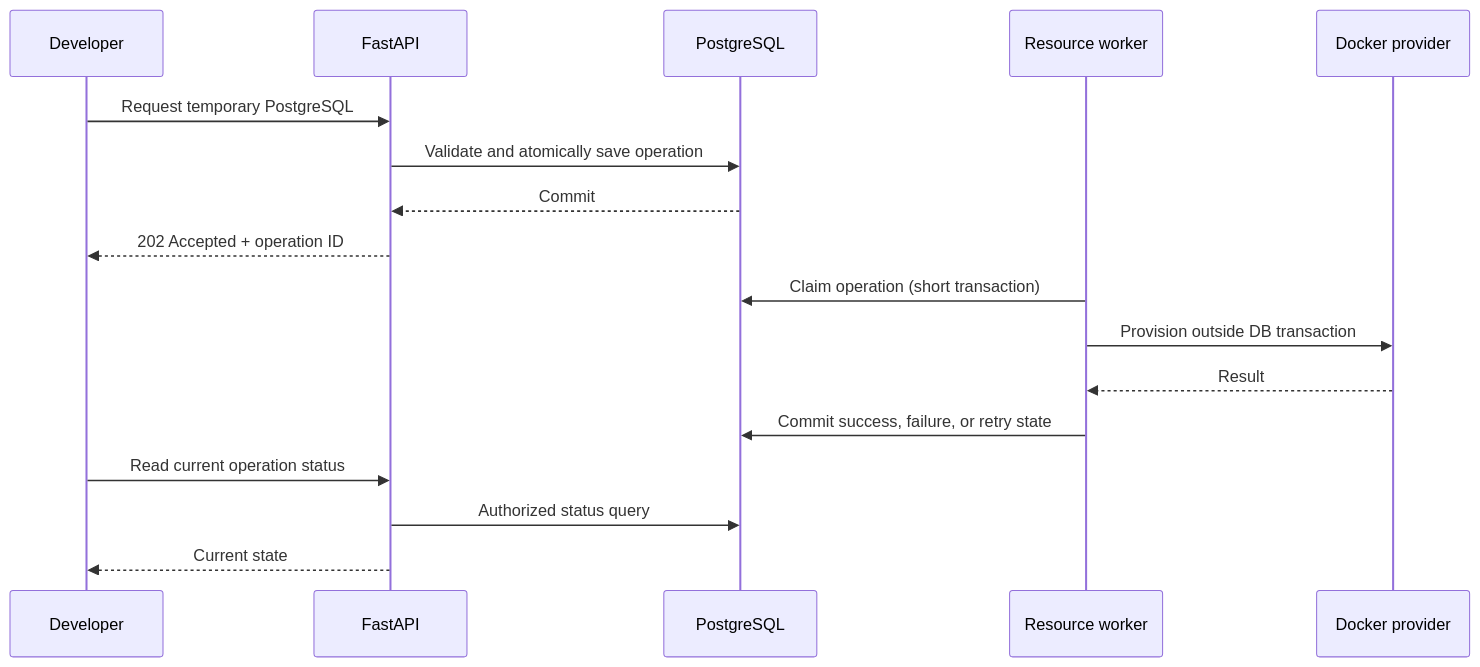
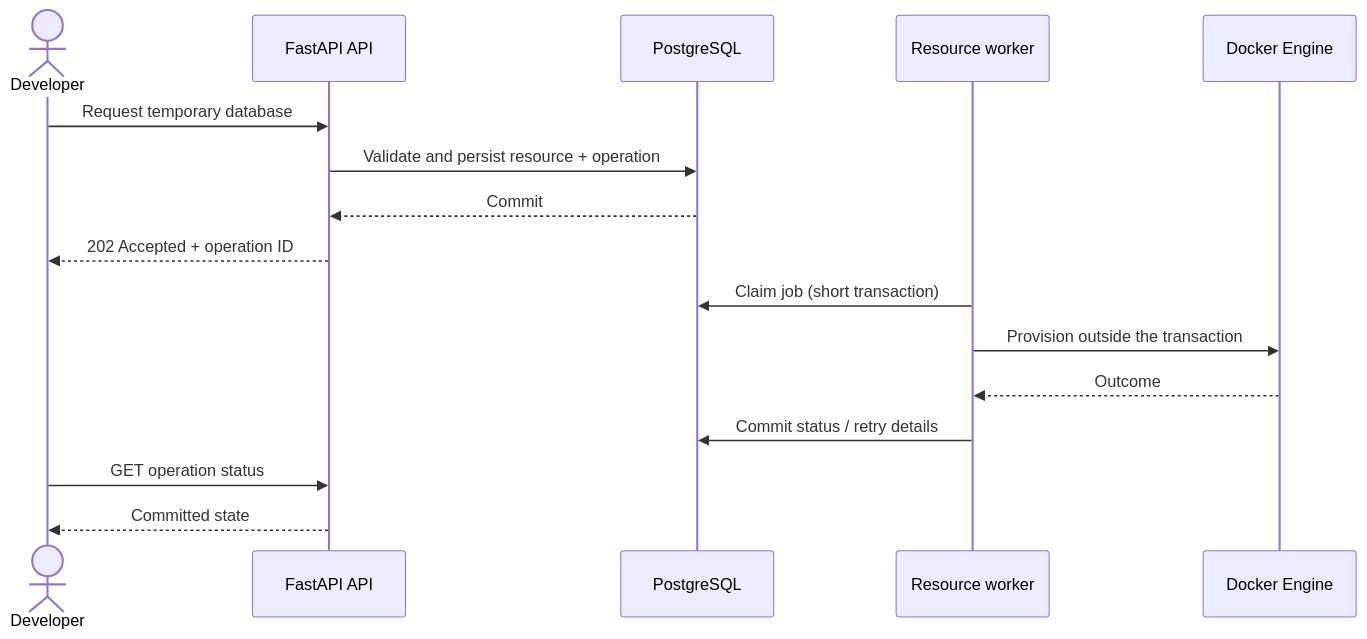
Before and after one commit to Nicola-Ibrahim/Developers-Hub: the third of 3 diagrams in README.md, drawn with Mermaid. The commit also changed other lines of this file and 5 other files, not shown here.

First line of the commit message:
Refactor architecture documentation and frontend structure

````diff
--- a/README.md
+++ b/README.md
@@ -48,20 +79,19 @@
 ```mermaid
 sequenceDiagram
-    participant Dev as Developer
-    participant API as FastAPI
+    actor Developer
+    participant API as FastAPI API
     participant DB as PostgreSQL
     participant Worker as Resource worker
-    participant Docker as Docker provider
+    participant Docker as Docker Engine
 
-    Dev->>API: Request temporary PostgreSQL
-    API->>DB: Validate and atomically save operation
+    Developer->>API: Request temporary database
+    API->>DB: Validate and persist resource + operation
     DB-->>API: Commit
-    API-->>Dev: 202 Accepted + operation ID
-    Worker->>DB: Claim operation (short transaction)
-    Worker->>Docker: Provision outside DB transaction
-    Docker-->>Worker: Result
-    Worker->>DB: Commit success, failure, or retry state
-    Dev->>API: Read current operation status
-    API->>DB: Authorized status query
-    API-->>Dev: Current state
+    API-->>Developer: 202 Accepted + operation ID
+    Worker->>DB: Claim job (short transaction)
+    Worker->>Docker: Provision outside the transaction
+    Docker-->>Worker: Outcome
+    Worker->>DB: Commit status / retry details
+    Developer->>API: GET operation status
+    API-->>Developer: Committed state
 ```
````
